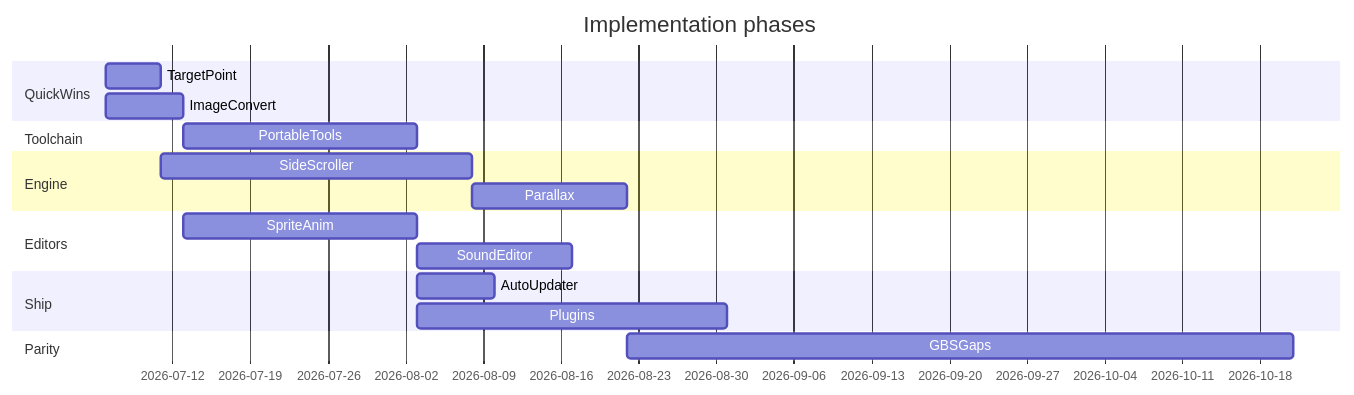
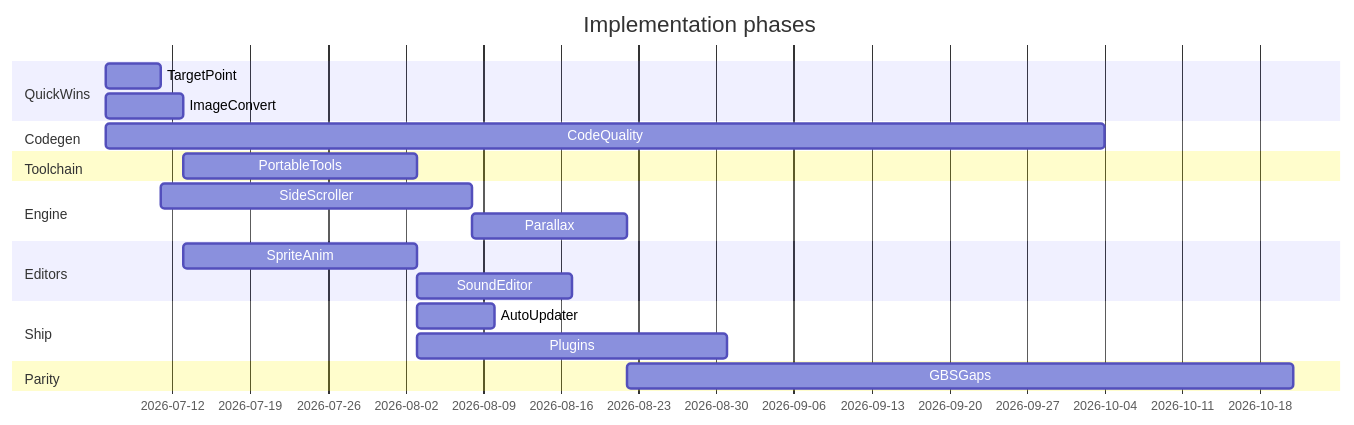
The third of 3 diagrams in .cursor/plans/gba_studio_v1.0_fork_5cde89ac.plan.md (aidmet/gba-studio), drawn with Mermaid before and after one commit. The commit also changed other lines of this file, not shown here.

Commit message:
Add optimized code to plan

````diff
--- a/.cursor/plans/gba_studio_v1.0_fork_5cde89ac.plan.md
+++ b/.cursor/plans/gba_studio_v1.0_fork_5cde89ac.plan.md
@@ -285,21 +322,23 @@
 ```mermaid
 gantt
   title Implementation phases
   dateFormat YYYY-MM-DD
   section QuickWins
     TargetPoint     :p1a, 2026-07-06, 5d
     ImageConvert    :p1b, 2026-07-06, 7d
+  section Codegen
+    CodeQuality     :p0, 2026-07-06, 90d
   section Toolchain
     PortableTools   :p2, after p1b, 21d
   section Engine
     SideScroller    :p3, after p1a, 28d
     Parallax        :p4, after p3, 14d
   section Editors
     SpriteAnim      :p5, after p1b, 21d
     SoundEditor     :p6, after p5, 14d
   section Ship
     AutoUpdater     :p7, after p2, 7d
     Plugins         :p8, after p5, 28d
   section Parity
     GBSGaps         :p9, after p4, 60d
 ```
````
